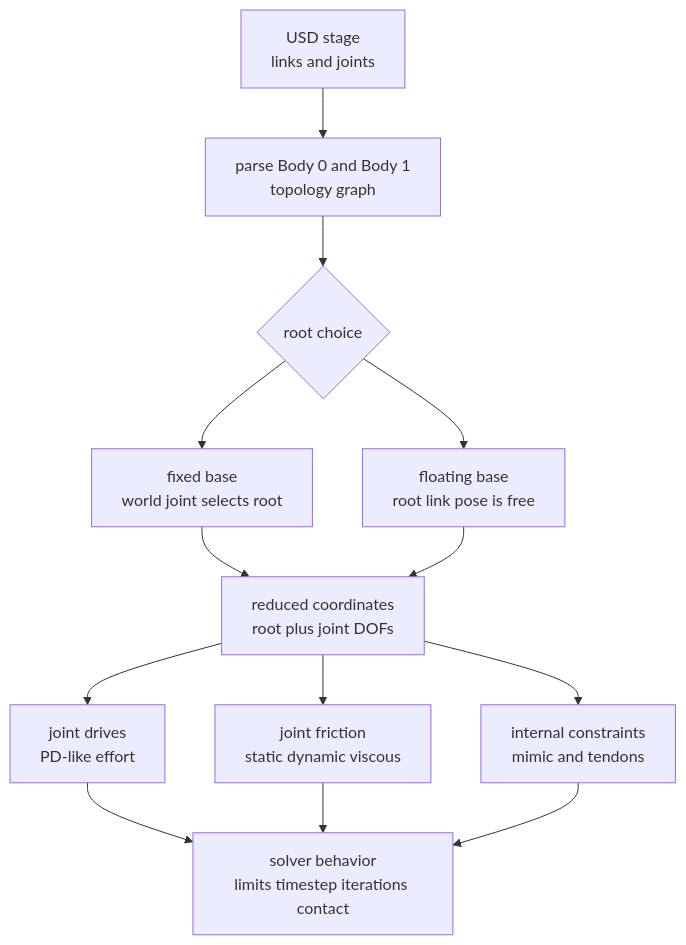
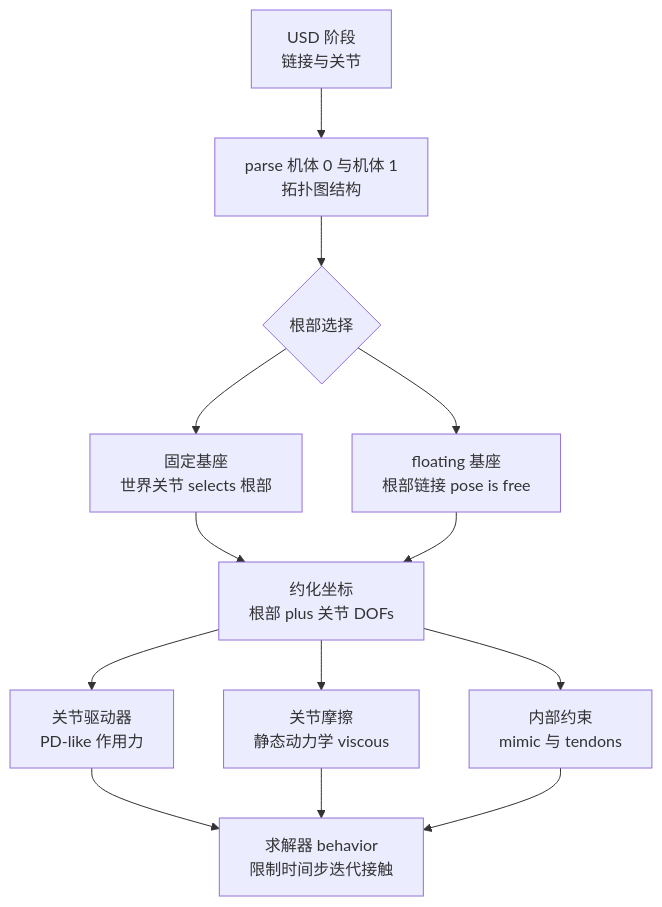
One commit to niuverse/llm-wiki changed the diagram in wiki/concepts/ReducedCoordinateArticulations.md. Above: the diagram before and after it, drawn with Mermaid. The commit also changed other lines of this file and 123 other files, not shown here.

````diff
--- a/wiki/concepts/ReducedCoordinateArticulations.md
+++ b/wiki/concepts/ReducedCoordinateArticulations.md
@@ -87,15 +87,15 @@
 ```mermaid
 flowchart TD
-  A["USD stage<br/>links and joints"] --> B["parse Body 0 and Body 1<br/>topology graph"]
-  B --> C{"root choice"}
-  C --> D["fixed base<br/>world joint selects root"]
-  C --> E["floating base<br/>root link pose is free"]
-  D --> F["reduced coordinates<br/>root plus joint DOFs"]
+  A["USD 阶段<br/>链接与关节"] --> B["parse 机体 0 与机体 1<br/>拓扑图结构"]
+  B --> C{"根部选择"}
+  C --> D["固定基座<br/>世界关节 selects 根部"]
+  C --> E["floating 基座<br/>根部链接 pose is free"]
+  D --> F["约化坐标<br/>根部 plus 关节 DOFs"]
   E --> F
-  F --> G["joint drives<br/>PD-like effort"]
-  F --> H["joint friction<br/>static dynamic viscous"]
-  F --> I["internal constraints<br/>mimic and tendons"]
-  G --> J["solver behavior<br/>limits timestep iterations contact"]
+  F --> G["关节驱动器<br/>PD-like 作用力"]
+  F --> H["关节摩擦<br/>静态动力学 viscous"]
+  F --> I["内部约束<br/>mimic 与 tendons"]
+  G --> J["求解器 behavior<br/>限制时间步迭代接触"]
   H --> J
   I --> J
 ```
````
